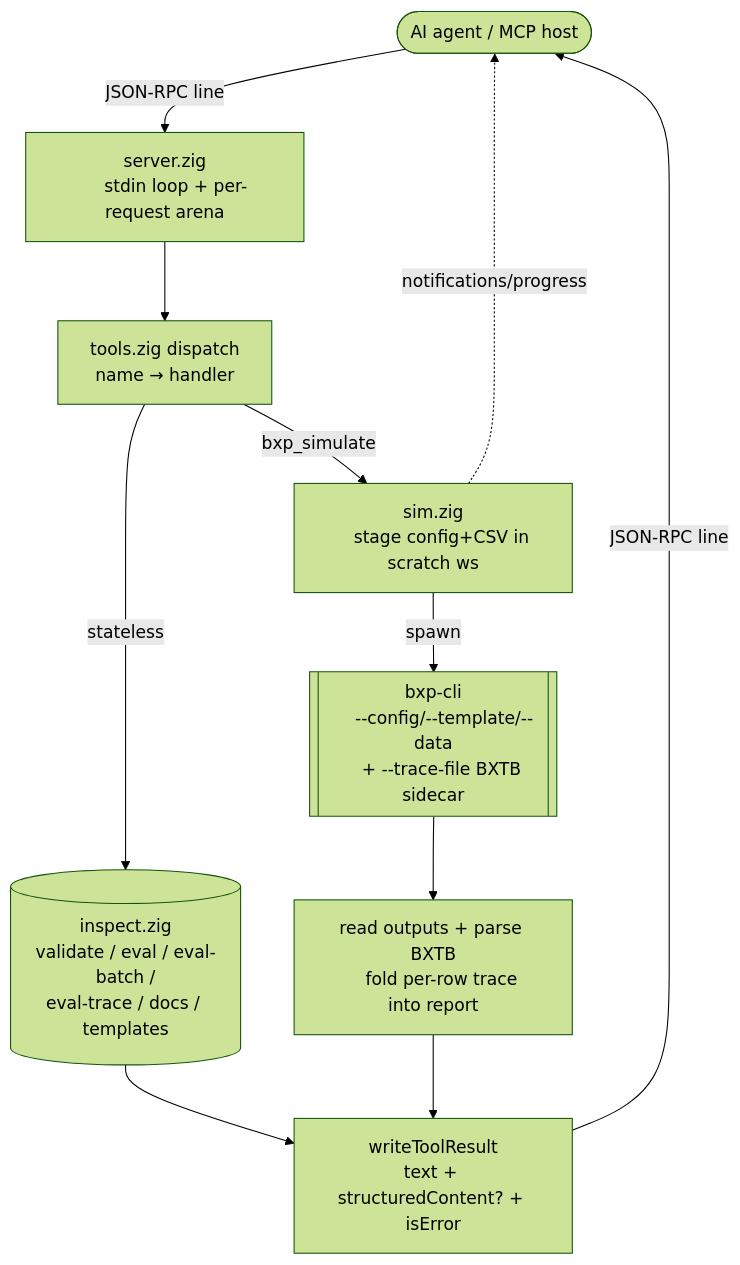
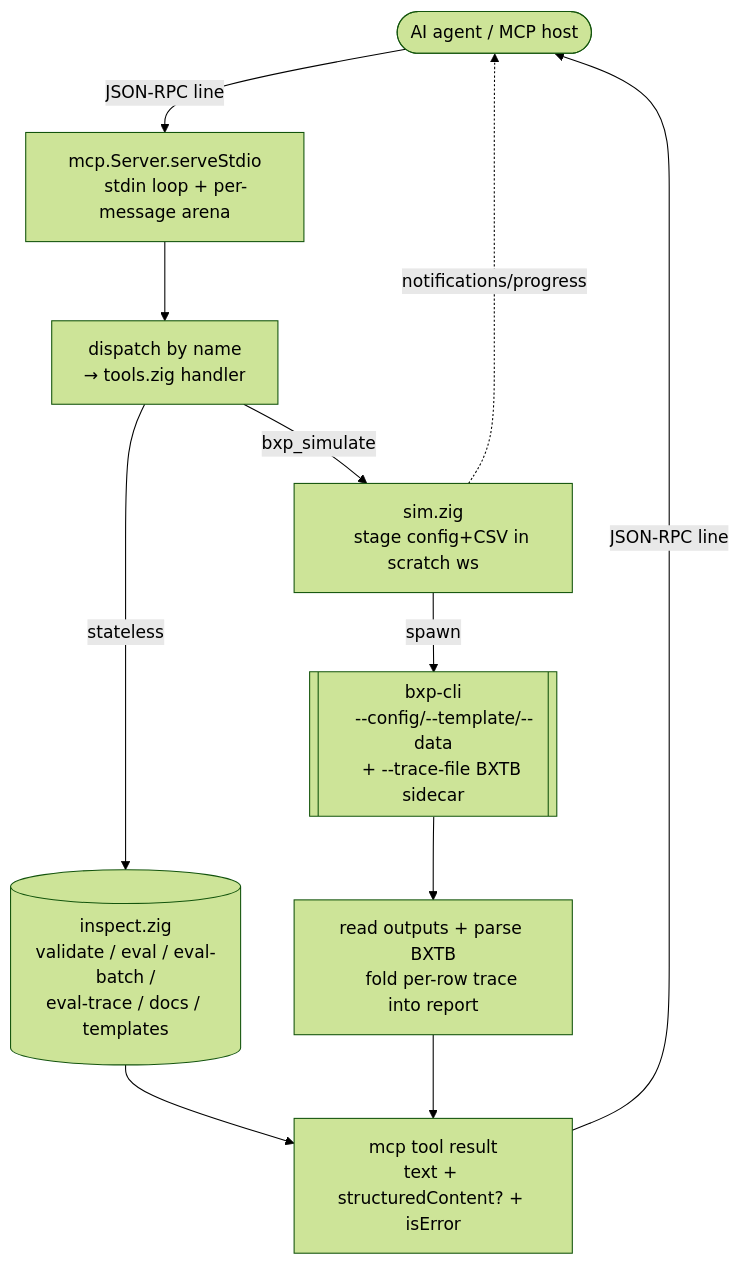
Before and after one commit to zaxified/bxp: the sixth of 10 diagrams in docs/dev/architecture/gui.md, drawn with Mermaid (forest theme). The commit also changed 14 other files, not shown here.

````diff
--- a/docs/dev/architecture/gui.md
+++ b/docs/dev/architecture/gui.md
@@ -310,21 +310,21 @@
 ```mermaid
 flowchart TD
-    AGENT([AI agent / MCP host]) -->|JSON-RPC line| LOOP[server.zig
-    stdin loop + per-request arena]
-    LOOP --> DISP[tools.zig dispatch
-    name → handler]
+    AGENT([AI agent / MCP host]) -->|JSON-RPC line| LOOP["mcp.Server.serveStdio
+    stdin loop + per-message arena"]
+    LOOP --> DISP[dispatch by name
+    → tools.zig handler]
 
     DISP -->|stateless| CORE[("inspect.zig<br/>validate / eval / eval-batch /<br/>eval-trace / docs / templates")]
     DISP -->|bxp_simulate| SIM[sim.zig
     stage config+CSV in scratch ws]
     SIM -->|spawn| CLI[[bxp-cli
     --config/--template/--data
     + --trace-file BXTB sidecar]]
     CLI --> READ[read outputs + parse BXTB
     fold per-row trace into report]
 
-    CORE --> RES["writeToolResult<br/>text + structuredContent? + isError"]
+    CORE --> RES["mcp tool result<br/>text + structuredContent? + isError"]
     READ --> RES
     RES -->|JSON-RPC line| AGENT
     SIM -. notifications/progress .-> AGENT
 ```
````
